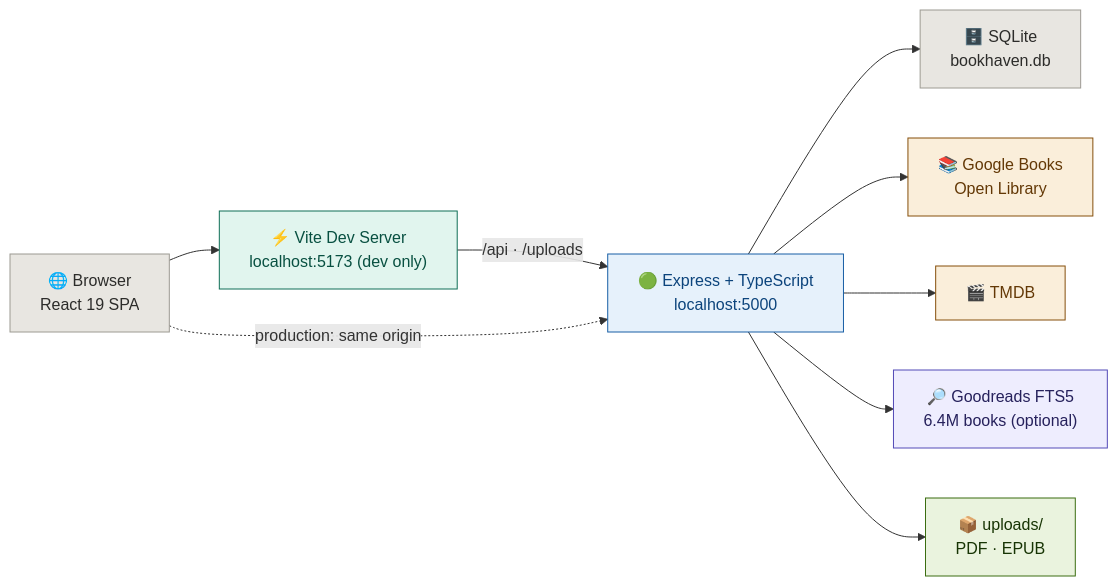
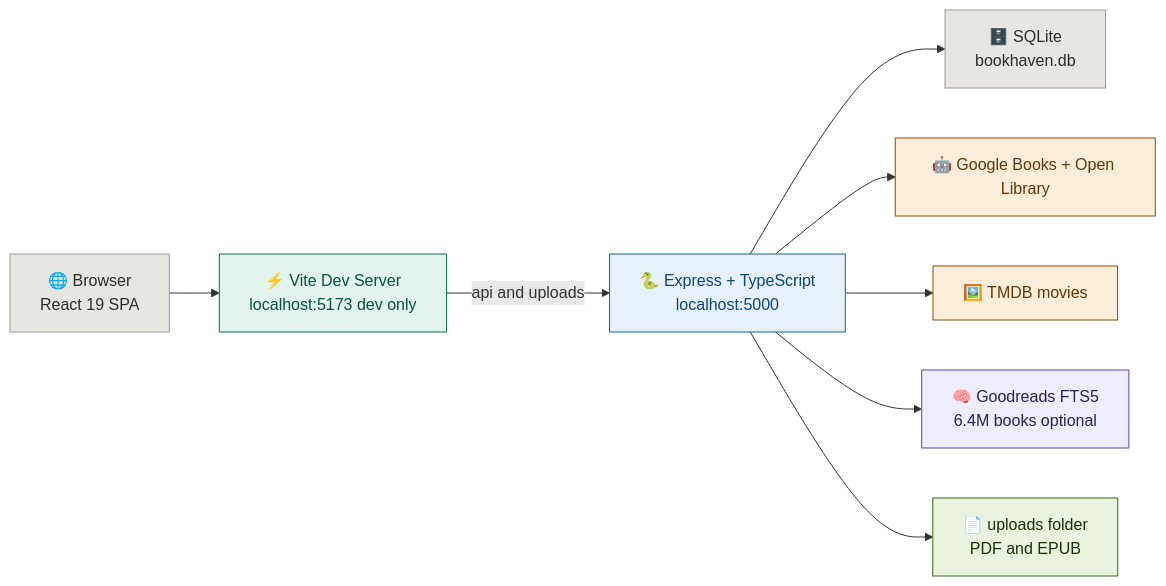
Before and after one commit to ria0304/BOOKNEST-: the second of 2 diagrams in README.md, drawn with Mermaid.

````diff
--- a/README.md
+++ b/README.md
@@ -152,27 +152,26 @@
 ```mermaid
 flowchart LR
     A["🌐 Browser<br/>React 19 SPA"]:::gray
-    B["⚡ Vite Dev Server<br/>localhost:5173 (dev only)"]:::teal
-    C["🟢 Express + TypeScript<br/>localhost:5000"]:::blue
+    B["⚡ Vite Dev Server<br/>localhost:5173 dev only"]:::teal
+    C["🐍 Express + TypeScript<br/>localhost:5000"]:::blue
     D["🗄️ SQLite<br/>bookhaven.db"]:::gray
-    E["📚 Google Books<br/>Open Library"]:::amber
-    F["🎬 TMDB"]:::amber
-    G["🔎 Goodreads FTS5<br/>6.4M books (optional)"]:::purple
-    H["📦 uploads/<br/>PDF · EPUB"]:::green
+    E["🤖 Google Books + Open Library"]:::amber
+    F["🖼️ TMDB movies"]:::amber
+    G["🧠 Goodreads FTS5<br/>6.4M books optional"]:::purple
+    H["📄 uploads folder<br/>PDF and EPUB"]:::green
 
     A --> B
-    B -->|"/api · /uploads"| C
-    A -.->|"production: same origin"| C
+    B -->|"api and uploads"| C
     C --> D
     C --> E
     C --> F
     C --> G
     C --> H
 
     classDef gray   fill:#e8e6e1,stroke:#9c9a92,color:#2C2C2A
     classDef teal   fill:#E1F5EE,stroke:#0F6E56,color:#085041
     classDef blue   fill:#E6F1FB,stroke:#185FA5,color:#0C447C
     classDef amber  fill:#FAEEDA,stroke:#854F0B,color:#633806
     classDef purple fill:#EEEDFE,stroke:#534AB7,color:#26215C
     classDef green  fill:#EAF3DE,stroke:#3B6D11,color:#173404
 ```
````
